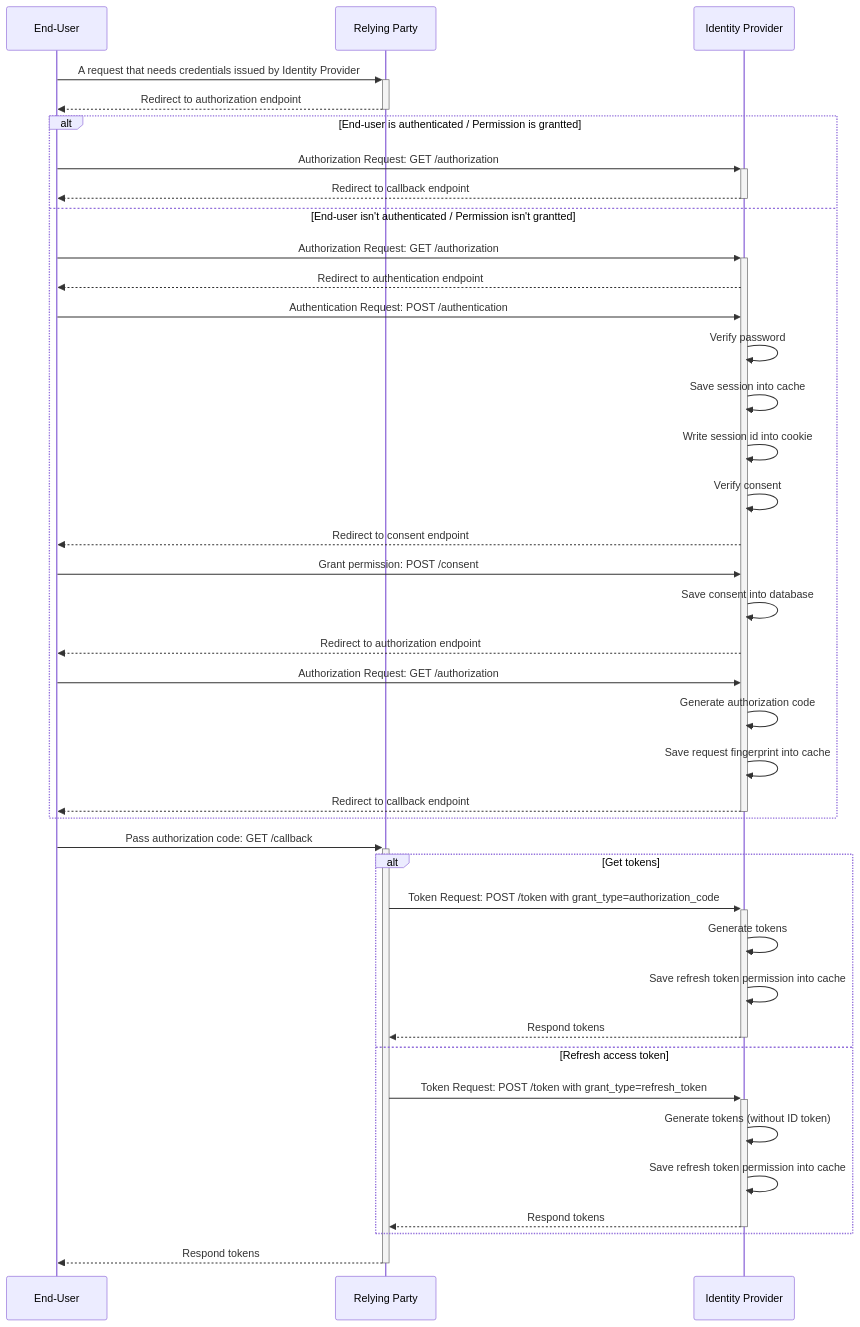
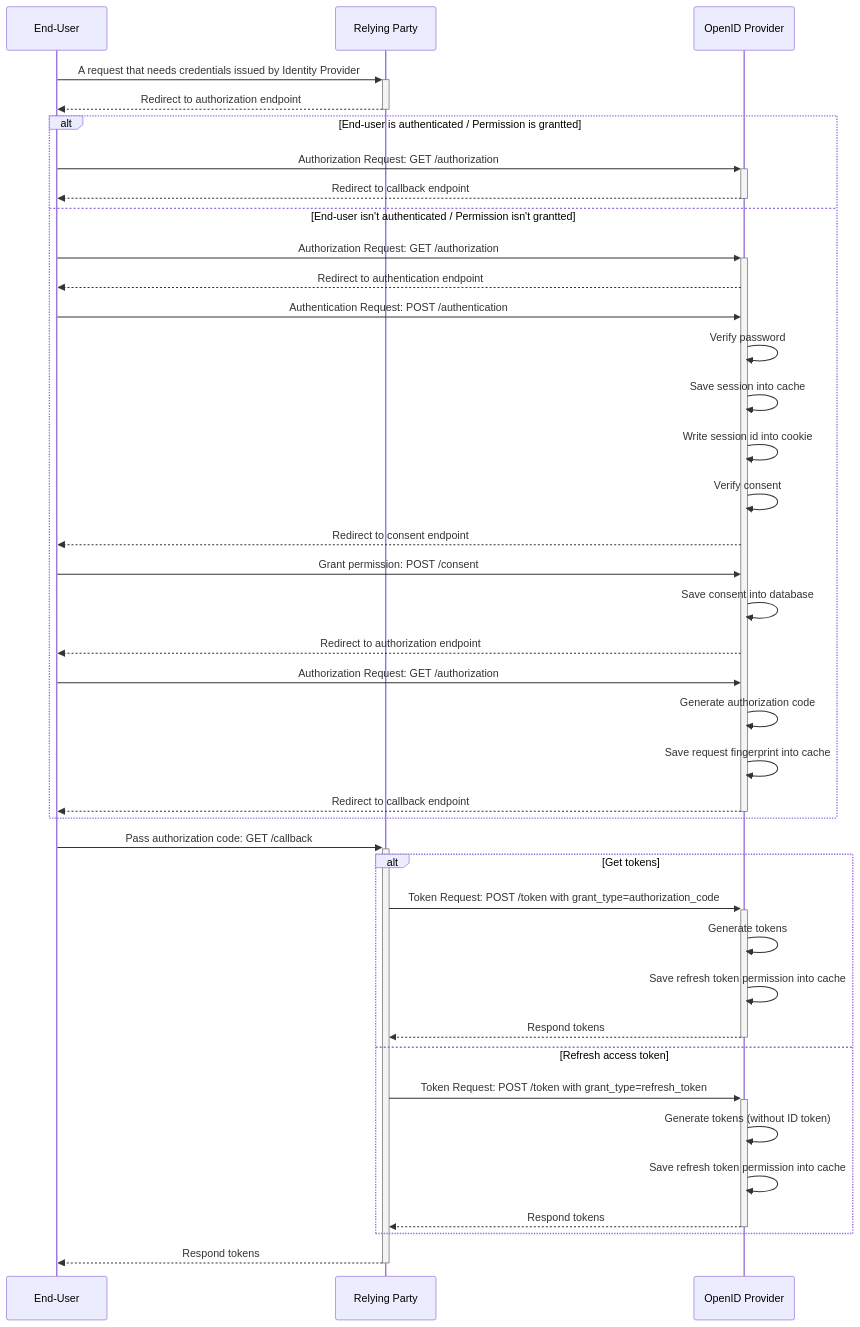
Before and after one commit to 42milez/go-oidc-expt: the diagram in docs/UML/Sequences/API Endpoints/authentication/README.md, drawn with Mermaid.

Commit message:
Update sequence diagram: authorization code flow

````diff
--- a/docs/UML/Sequences/API Endpoints/authentication/README.md
+++ b/docs/UML/Sequences/API Endpoints/authentication/README.md
@@ -3,49 +3,49 @@
 ```mermaid
 sequenceDiagram
   participant EndUser as End-User
   participant RP as Relying Party
-  participant IdP as Identity Provider
+  participant OP as OpenID Provider
 
   EndUser ->>+ RP: A request that needs credentials issued by Identity Provider
   RP -->>- EndUser: Redirect to authorization endpoint
 
   alt End-user is authenticated / Permission is grantted
-    EndUser ->>+ IdP: Authorization Request: GET /authorization
-    IdP -->>- EndUser: Redirect to callback endpoint
+    EndUser ->>+ OP: Authorization Request: GET /authorization
+    OP -->>- EndUser: Redirect to callback endpoint
   else End-user isn't authenticated / Permission isn't grantted
-    EndUser ->>+ IdP: Authorization Request: GET /authorization
-    IdP -->> EndUser: Redirect to authentication endpoint
+    EndUser ->>+ OP: Authorization Request: GET /authorization
+    OP -->> EndUser: Redirect to authentication endpoint
 
-    EndUser ->> IdP: Authentication Request: POST /authentication
-    IdP ->> IdP: Verify password
-    IdP ->> IdP: Save session into cache
-    IdP ->> IdP: Write session id into cookie
-    IdP ->> IdP: Verify consent
-    IdP -->> EndUser: Redirect to consent endpoint
+    EndUser ->> OP: Authentication Request: POST /authentication
+    OP ->> OP: Verify password
+    OP ->> OP: Save session into cache
+    OP ->> OP: Write session id into cookie
+    OP ->> OP: Verify consent
+    OP -->> EndUser: Redirect to consent endpoint
 
-    EndUser ->> IdP: Grant permission: POST /consent
-    IdP ->> IdP: Save consent into database
-    IdP -->> EndUser: Redirect to authorization endpoint
+    EndUser ->> OP: Grant permission: POST /consent
+    OP ->> OP: Save consent into database
+    OP -->> EndUser: Redirect to authorization endpoint
 
-    EndUser ->> IdP: Authorization Request: GET /authorization
-    IdP ->> IdP: Generate authorization code
-    IdP ->> IdP: Save request fingerprint into cache
-    IdP -->>- EndUser: Redirect to callback endpoint
+    EndUser ->> OP: Authorization Request: GET /authorization
+    OP ->> OP: Generate authorization code
+    OP ->> OP: Save request fingerprint into cache
+    OP -->>- EndUser: Redirect to callback endpoint
   end
 
   EndUser ->>+ RP: Pass authorization code: GET /callback
 
   alt Get tokens
-    RP ->>+ IdP: Token Request: POST /token with grant_type=authorization_code
-    IdP ->> IdP: Generate tokens
-    IdP ->> IdP: Save refresh token permission into cache
-    IdP -->>- RP: Respond tokens
+    RP ->>+ OP: Token Request: POST /token with grant_type=authorization_code
+    OP ->> OP: Generate tokens
+    OP ->> OP: Save refresh token permission into cache
+    OP -->>- RP: Respond tokens
   else Refresh access token
-    RP ->>+ IdP: Token Request: POST /token with grant_type=refresh_token
-    IdP ->> IdP: Generate tokens (without ID token)
-    IdP ->> IdP: Save refresh token permission into cache
-    IdP -->>- RP: Respond tokens
+    RP ->>+ OP: Token Request: POST /token with grant_type=refresh_token
+    OP ->> OP: Generate tokens (without ID token)
+    OP ->> OP: Save refresh token permission into cache
+    OP -->>- RP: Respond tokens
   end
 
   RP -->>- EndUser: Respond tokens
 ```
````
